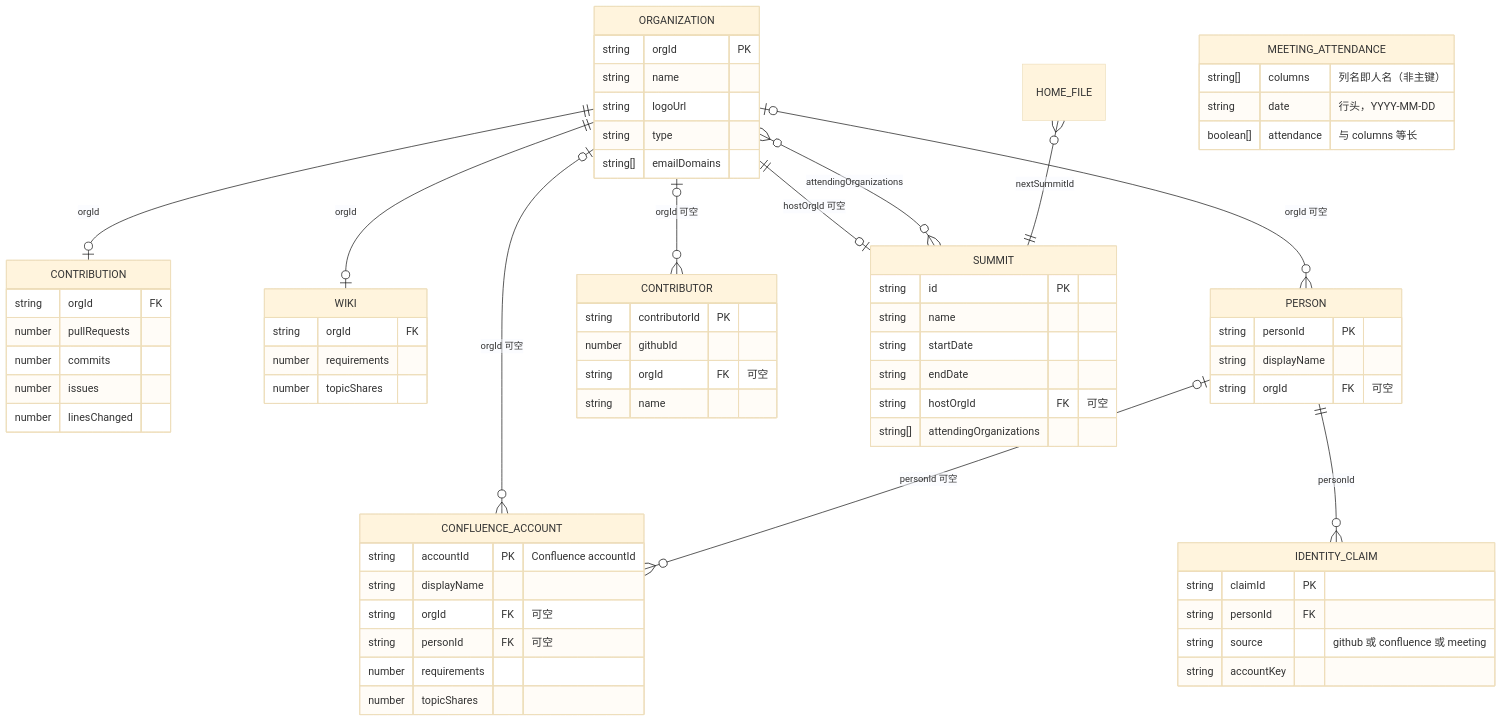
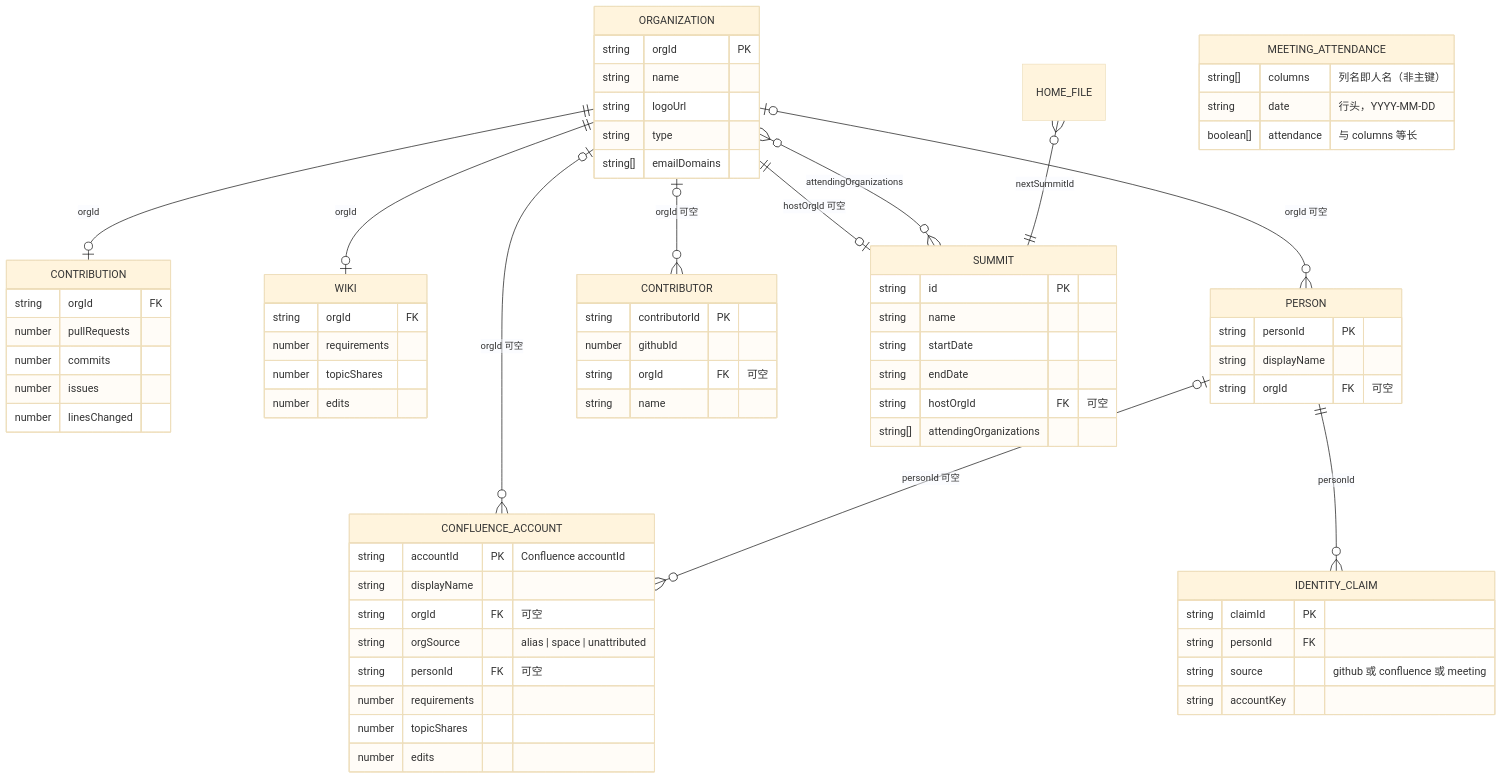
Before and after one commit to huang2001junjie-rgb/openan-operation-insights: the diagram in docs/04-data-and-api-contract.md, drawn with Mermaid (base theme). The commit also changed other lines of this file and 55 other files, not shown here.

````diff
--- a/docs/04-data-and-api-contract.md
+++ b/docs/04-data-and-api-contract.md
@@ -47,71 +47,74 @@
 ```mermaid
 erDiagram
   ORGANIZATION ||--o| CONTRIBUTION : "orgId"
   ORGANIZATION ||--o| WIKI : "orgId"
   ORGANIZATION |o--o{ CONFLUENCE_ACCOUNT : "orgId 可空"
   PERSON |o--o{ CONFLUENCE_ACCOUNT : "personId 可空"
   ORGANIZATION |o--o{ CONTRIBUTOR : "orgId 可空"
   ORGANIZATION ||--o| SUMMIT : "hostOrgId 可空"
   ORGANIZATION }o--o{ SUMMIT : "attendingOrganizations"
   HOME_FILE }o--|| SUMMIT : "nextSummitId"
   ORGANIZATION |o--o{ PERSON : "orgId 可空"
   PERSON ||--o{ IDENTITY_CLAIM : "personId"
 
   ORGANIZATION {
     string orgId PK
     string name
     string logoUrl
     string type
     string[] emailDomains
   }
   CONTRIBUTION {
     string orgId FK
     number pullRequests
     number commits
     number issues
     number linesChanged
   }
   WIKI {
     string orgId FK
     number requirements
     number topicShares
+    number edits
   }
   CONFLUENCE_ACCOUNT {
     string accountId PK "Confluence accountId"
     string displayName
     string orgId FK "可空"
+    string orgSource "alias | space | unattributed"
     string personId FK "可空"
     number requirements
     number topicShares
+    number edits
   }
   CONTRIBUTOR {
     string contributorId PK
     number githubId
     string orgId FK "可空"
     string name
   }
   SUMMIT {
     string id PK
     string name
     string startDate
     string endDate
     string hostOrgId FK "可空"
     string[] attendingOrganizations
   }
   MEETING_ATTENDANCE {
     string[] columns "列名即人名（非主键）"
     string date "行头，YYYY-MM-DD"
     boolean[] attendance "与 columns 等长"
   }
   PERSON {
     string personId PK
     string displayName
     string orgId FK "可空"
   }
   IDENTITY_CLAIM {
     string claimId PK
     string personId FK
     string source "github 或 confluence 或 meeting"
     string accountKey
   }
 ```
````
